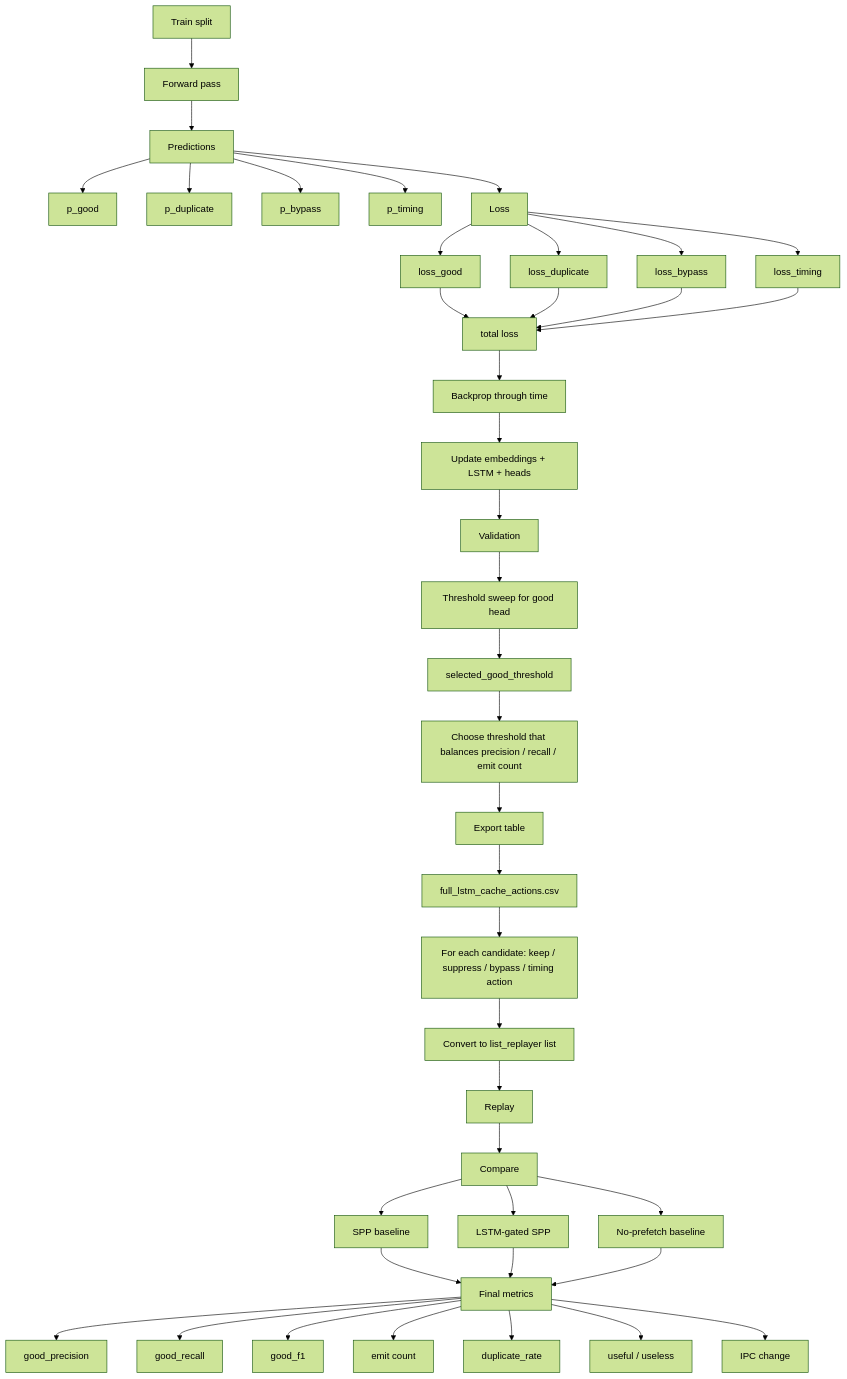
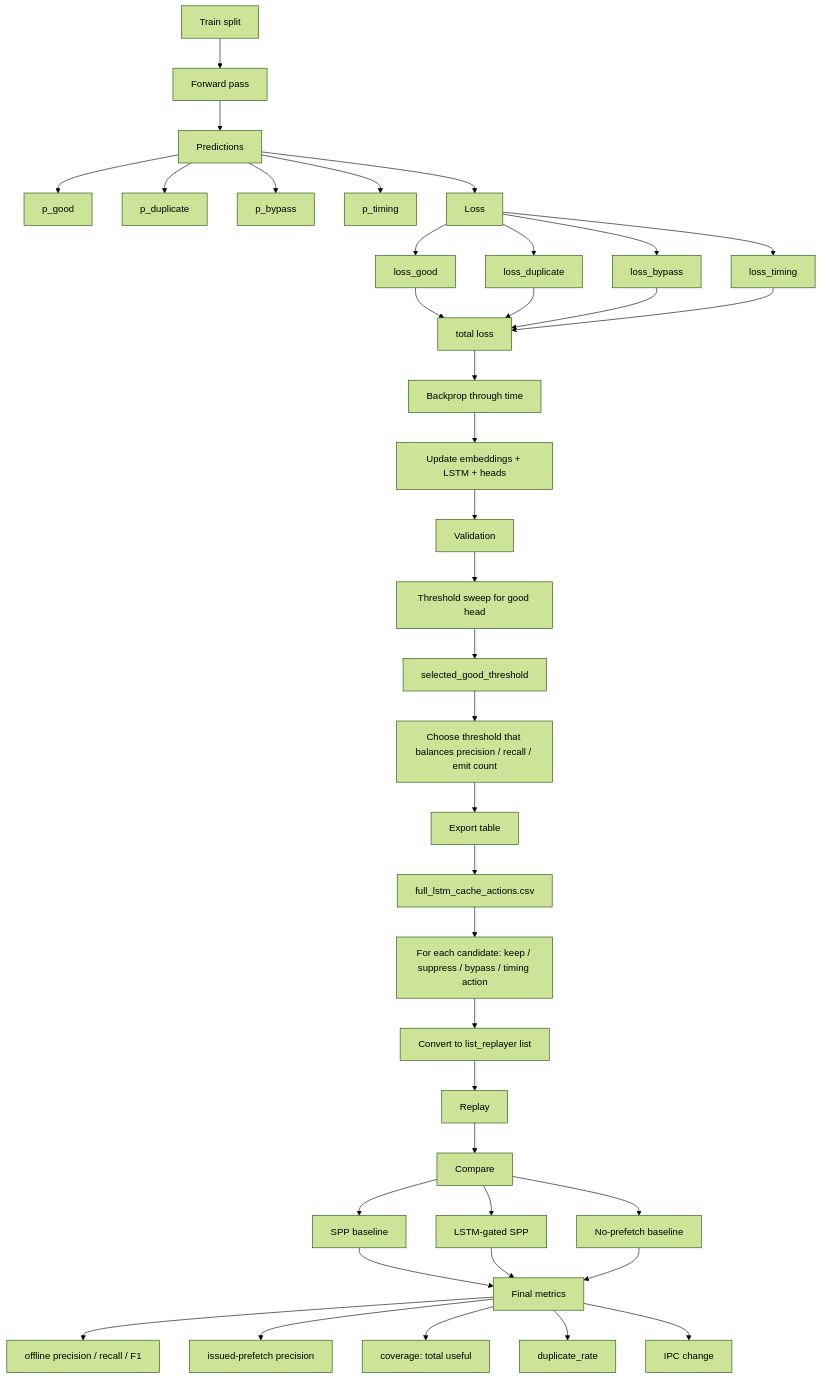
Before and after one commit to Angelawoo572/cache_arch: the fifth of 8 diagrams in formal_NN_training/LSTM_cache_action_pipeline_story.md, drawn with Mermaid (forest theme). The commit also changed other lines of this file, not shown here.

````diff
--- a/formal_NN_training/LSTM_cache_action_pipeline_story.md
+++ b/formal_NN_training/LSTM_cache_action_pipeline_story.md
@@ -213,53 +219,51 @@
 ```mermaid
 flowchart TD
     A[Train split] --> B[Forward pass]
     B --> C[Predictions]
     C --> C1[p_good]
     C --> C2[p_duplicate]
     C --> C3[p_bypass]
     C --> C4[p_timing]
 
     C --> D[Loss]
     D --> D1[loss_good]
     D --> D2[loss_duplicate]
     D --> D3[loss_bypass]
     D --> D4[loss_timing]
 
     D1 --> E[total loss]
     D2 --> E
     D3 --> E
     D4 --> E
 
     E --> F[Backprop through time]
     F --> G[Update embeddings + LSTM + heads]
 
     G --> H[Validation]
     H --> I[Threshold sweep for good head]
 
     I --> J[selected_good_threshold]
     J --> K[Choose threshold that balances precision / recall / emit count]
 
     K --> L[Export table]
     L --> L1[full_lstm_cache_actions.csv]
     L1 --> L2[For each candidate: keep / suppress / bypass / timing action]
 
     L2 --> M[Convert to list_replayer list]
     M --> N[Replay]
     N --> O[Compare]
 
     O --> O1[SPP baseline]
     O --> O2[LSTM-gated SPP]
     O --> O3[No-prefetch baseline]
 
     O1 --> P[Final metrics]
     O2 --> P
     O3 --> P
 
-    P --> P1[good_precision]
-    P --> P2[good_recall]
-    P --> P3[good_f1]
-    P --> P4[emit count]
-    P --> P5[duplicate_rate]
-    P --> P6[useful / useless]
-    P --> P7[IPC change]
+    P --> P1[offline precision / recall / F1]
+    P --> P2[issued-prefetch precision]
+    P --> P3[coverage: total useful]
+    P --> P4[duplicate_rate]
+    P --> P5[IPC change]
 ```
````
